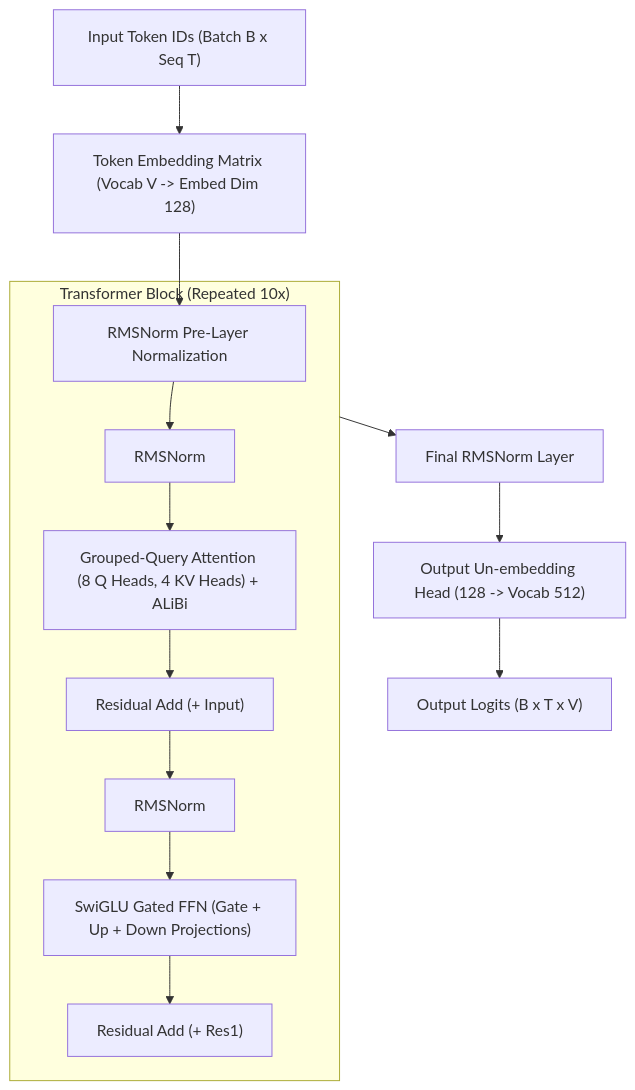
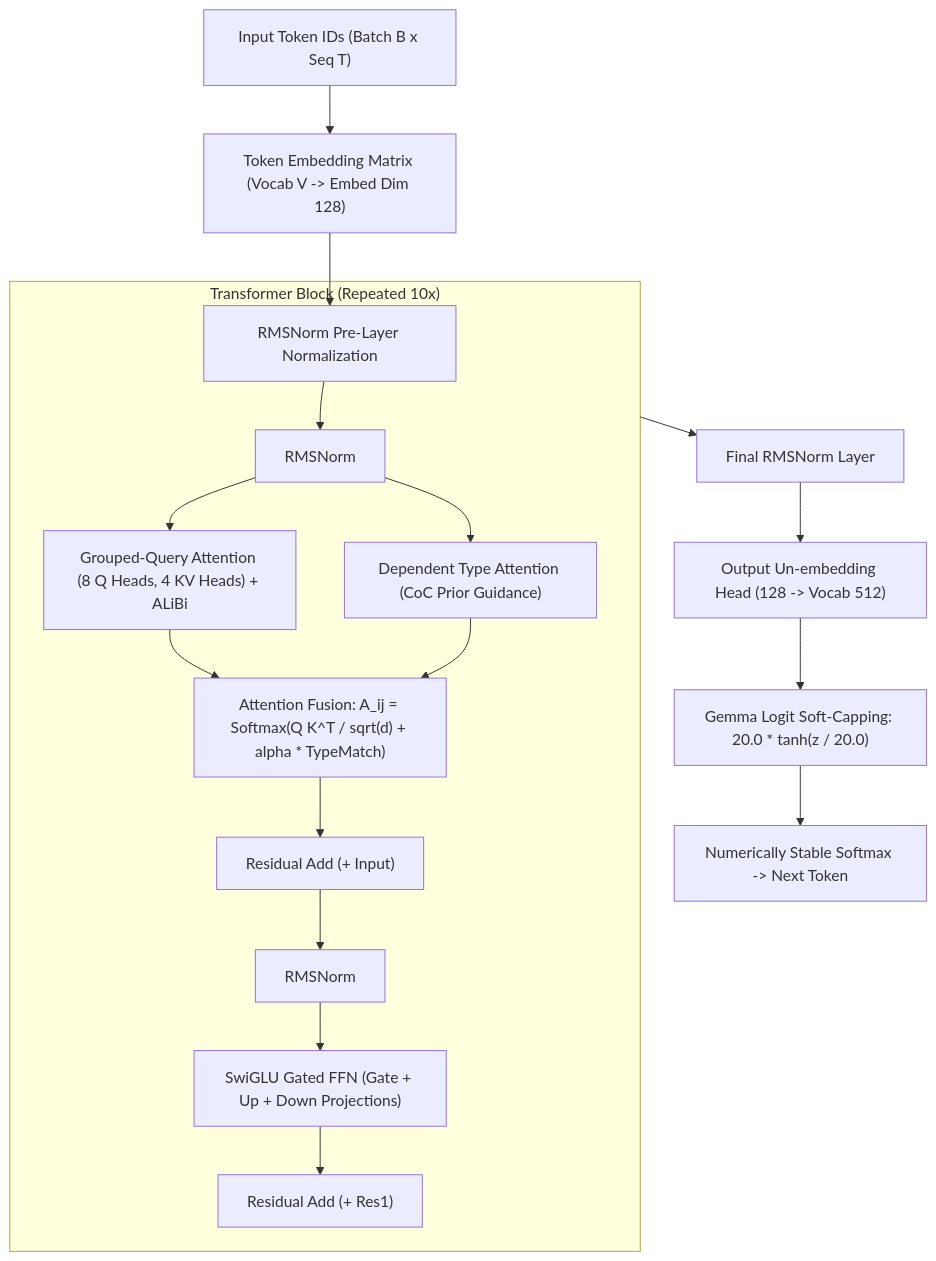
Before and after one commit to Heaplyn/NeuralNet: the diagram in NeuralNet Obsidian/03 - Ring 2 (Models & Transformers)/TransformerLM Decoder (GQA + SwiGLU + RoPE).md, drawn with Mermaid. The commit also changed other lines of this file and 34 other files, not shown here.

````diff
--- a/NeuralNet Obsidian/03 - Ring 2 (Models & Transformers)/TransformerLM Decoder (GQA + SwiGLU + RoPE).md
+++ b/NeuralNet Obsidian/03 - Ring 2 (Models & Transformers)/TransformerLM Decoder (GQA + SwiGLU + RoPE).md
@@ -29,19 +42,23 @@
 ```mermaid
 graph TD
     In["Input Token IDs (Batch B x Seq T)"] --> Emb["Token Embedding Matrix (Vocab V -> Embed Dim 128)"]
     Emb --> Norm0["RMSNorm Pre-Layer Normalization"]
     
     subgraph Block["Transformer Block (Repeated 10x)"]
         Norm0 --> AttnNorm["RMSNorm"]
         AttnNorm --> GQA["Grouped-Query Attention (8 Q Heads, 4 KV Heads) + ALiBi"]
-        GQA --> Res1["Residual Add (+ Input)"]
+        AttnNorm --> TypeAttn["Dependent Type Attention (CoC Prior Guidance)"]
+        GQA --> AttnFuse["Attention Fusion: A_ij = Softmax(Q K^T / sqrt(d) + alpha * TypeMatch)"]
+        TypeAttn --> AttnFuse
+        AttnFuse --> Res1["Residual Add (+ Input)"]
         
         Res1 --> MLPNorm["RMSNorm"]
         MLPNorm --> SwiGLU["SwiGLU Gated FFN (Gate + Up + Down Projections)"]
         SwiGLU --> Res2["Residual Add (+ Res1)"]
     end
     
     Block --> FinalNorm["Final RMSNorm Layer"]
     FinalNorm --> Head["Output Un-embedding Head (128 -> Vocab 512)"]
-    Head --> Logits["Output Logits (B x T x V)"]
+    Head --> Cap["Gemma Logit Soft-Capping: 20.0 * tanh(z / 20.0)"]
+    Cap --> Softmax["Numerically Stable Softmax -> Next Token"]
 ```
````
